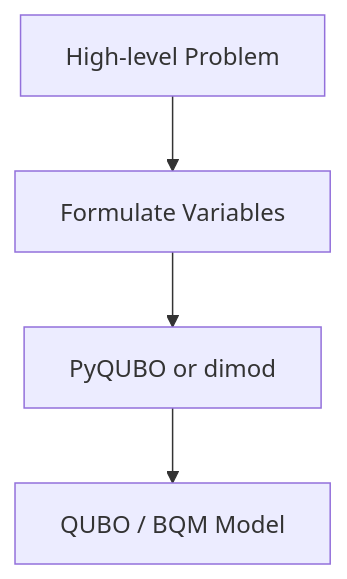
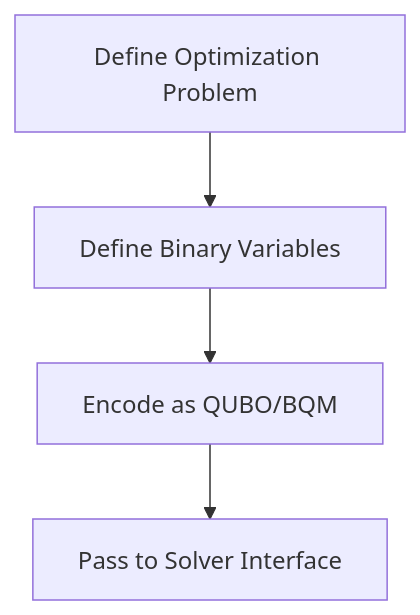
The first of 3 diagrams in 03-tools-and-libraries.md (Symbiosis-Quantum-Club/awesome-quantum-optimization), drawn with Mermaid before and after one commit. The commit also changed other lines of this file, not shown here.

````diff
--- a/03-tools-and-libraries.md
+++ b/03-tools-and-libraries.md
@@ -21,6 +22,8 @@
 ```mermaid
 flowchart TD
-    A[High-level Problem] --> B[Formulate Variables]
-    B --> C[PyQUBO or dimod]
-    C --> D[QUBO / BQM Model]
+    Start[Define Optimization Problem]
+    Vars[Define Binary Variables]
+    QUBO[Encode as QUBO/BQM]
+    Solver[Pass to Solver Interface]
+    Start --> Vars --> QUBO --> Solver
 ```
````
